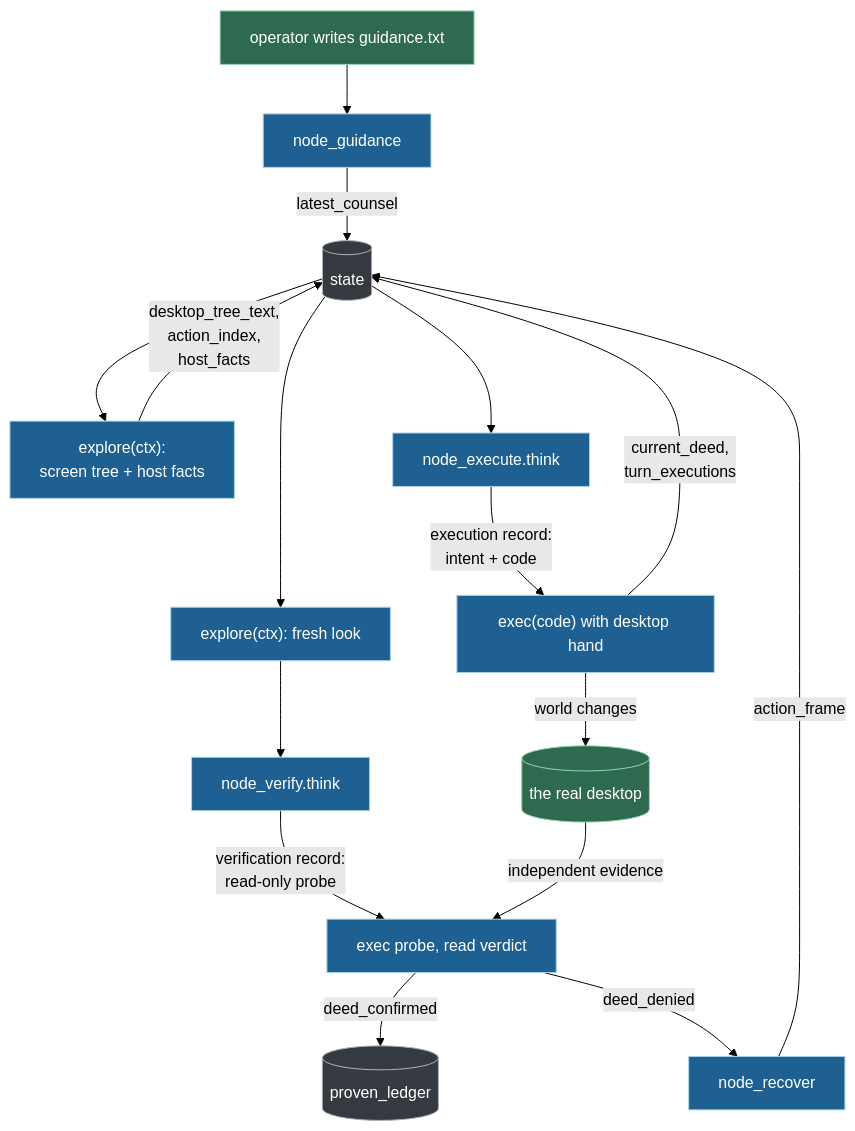
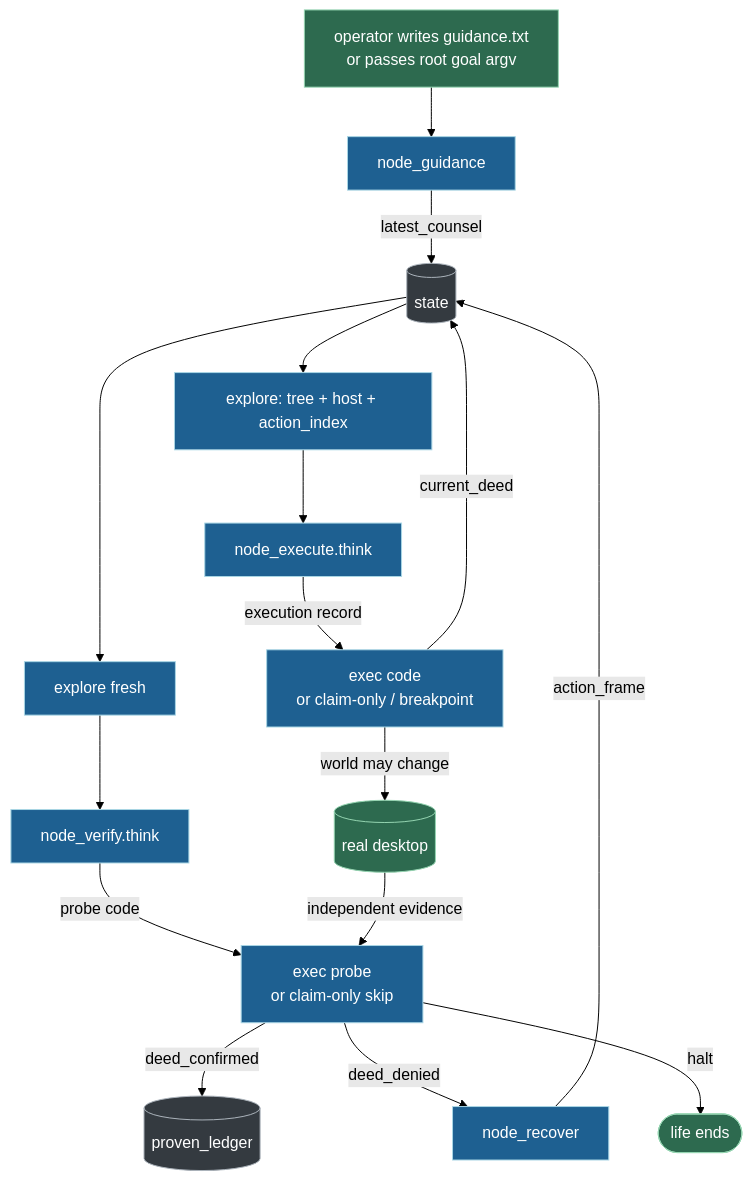
Before and after one commit to wgabrys88/endgame-ai: the ninth of 10 diagrams in README.md, drawn with Mermaid (forest theme). The commit also changed other lines of this file, not shown here.

````diff
--- a/README.md
+++ b/README.md
@@ -747,27 +887,27 @@
 ```mermaid
 flowchart TD
-    OP["operator writes guidance.txt"] --> GD
+    OP["operator writes guidance.txt<br/>or passes root goal argv"] --> GD
     GD["node_guidance"] -->|latest_counsel| ST[("state")]
 
-    ST --> EXP1["explore(ctx):<br/>screen tree + host facts"]
-    EXP1 -->|desktop_tree_text,<br/>action_index,<br/>host_facts| ST
-    ST --> EX["node_execute.think"]
-    EX -->|execution record:<br/>intent + code| RUN["exec(code) with desktop hand"]
-    RUN -->|world changes| WORLD[("the real desktop")]
-    RUN -->|current_deed,<br/>turn_executions| ST
+    ST --> EXP1["explore: tree + host + action_index"]
+    EXP1 --> EX["node_execute.think"]
+    EX -->|execution record| RUN["exec code<br/>or claim-only / breakpoint"]
+    RUN -->|world may change| WORLD[("real desktop")]
+    RUN -->|current_deed| ST
 
-    ST --> EXP2["explore(ctx): fresh look"]
+    ST --> EXP2["explore fresh"]
     EXP2 --> VF["node_verify.think"]
-    VF -->|verification record:<br/>read-only probe| PROBE["exec probe, read verdict"]
+    VF -->|probe code| PROBE["exec probe<br/>or claim-only skip"]
     WORLD -->|independent evidence| PROBE
     PROBE -->|deed_confirmed| LEDGER[("proven_ledger")]
     PROBE -->|deed_denied| RC["node_recover"]
     RC -->|action_frame| ST
+    PROBE -->|halt| HALT([life ends])
 
     classDef n fill:#1e6091,stroke:#a9d6e5,color:#ffffff;
     classDef s fill:#343a40,stroke:#adb5bd,color:#ffffff;
     classDef w fill:#2d6a4f,stroke:#95d5b2,color:#ffffff;
     class GD,EX,VF,RC,EXP1,EXP2,RUN,PROBE n;
     class ST,LEDGER s;
-    class WORLD,OP w;
+    class WORLD,OP,HALT w;
 ```
````
